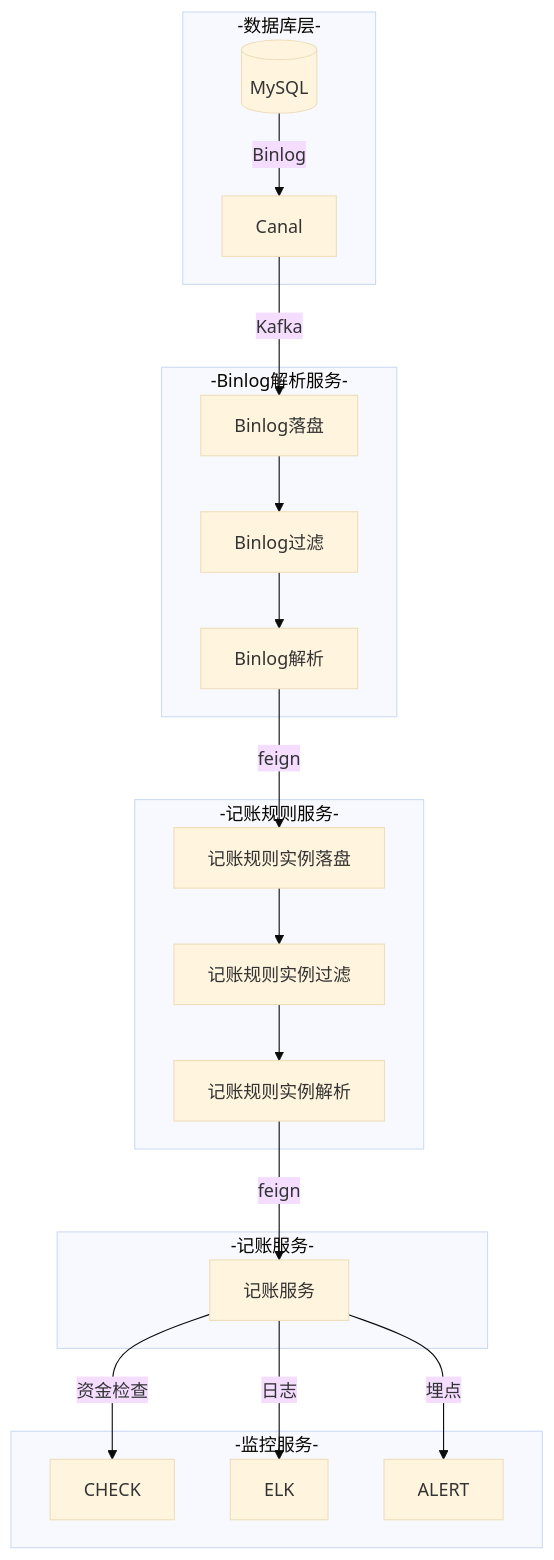
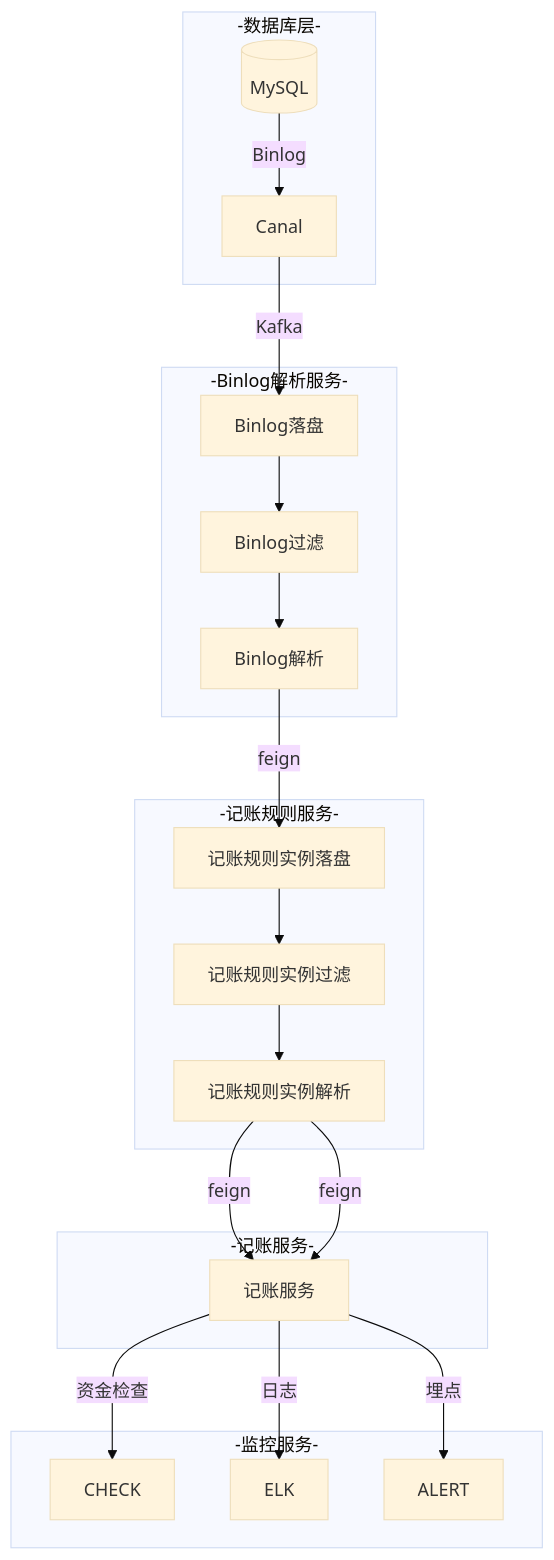
Before and after one commit to 87828943/iodraw-files: the diagram in all/记账架构图.md, drawn with Mermaid (base theme).

Commit message:
2025-07-07 15:04:35 update

````diff
--- a/all/记账架构图.md
+++ b/all/记账架构图.md
@@ -1,24 +1,25 @@
 ```mermaid
 graph TB
     subgraph -数据库层-
         DB[(MySQL)] -->|Binlog| Canal
     end
     subgraph -Binlog解析服务-
         Canal -->|Kafka| Binlog[Binlog落盘]
         Binlog --> Binlog1[Binlog过滤]
         Binlog1 --> Binlog2[Binlog解析]
     end
     subgraph -记账规则服务-
         Binlog2 -->|feign| AccountingRule[记账规则实例落盘]
         AccountingRule --> AccountingRule1[记账规则实例过滤]
         AccountingRule1 --> AccountingRule2[记账规则实例解析] 
     end
     subgraph -记账服务-
        AccountingRule2 -->|feign| Accounting[记账服务]
+       AccountingRule2 -->|feign| Accounting[记账服务]
     end
     subgraph -监控服务-
         Accounting --> |资金检查| CHECK
         Accounting -->|日志| ELK
         Accounting -->|埋点| ALERT
     end
 ```
````
